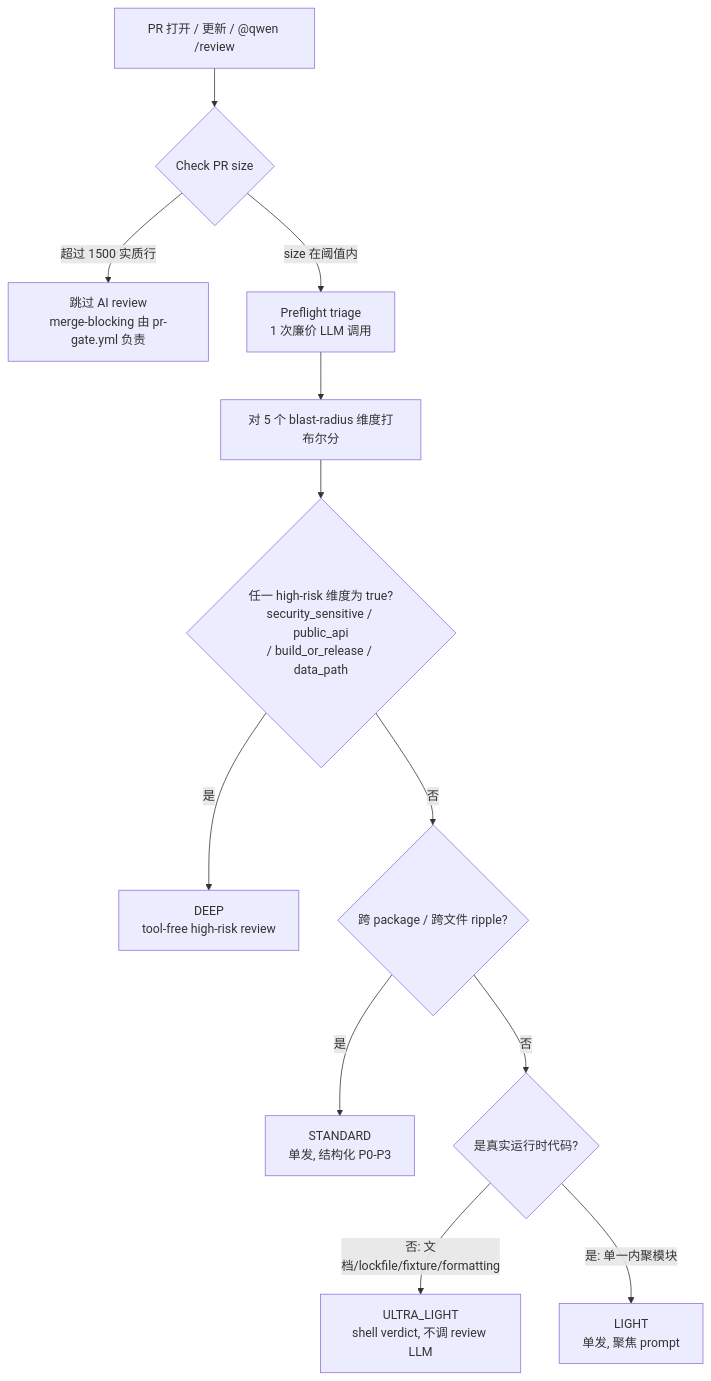
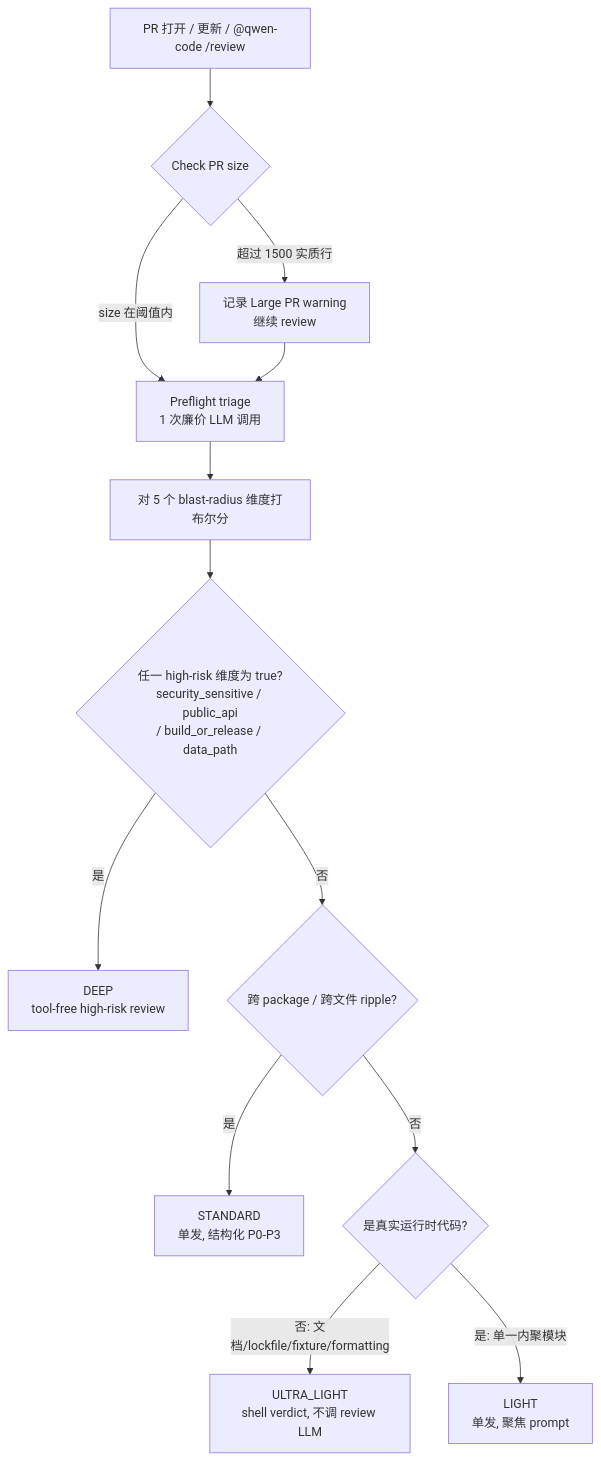
Before and after one commit to QwenLM/qwen-code: the diagram in docs/design/code-review/preflight-triage.md, drawn with Mermaid. The commit also changed other lines of this file and 14 other files, not shown here.

````diff
--- a/docs/design/code-review/preflight-triage.md
+++ b/docs/design/code-review/preflight-triage.md
@@ -69,14 +73,15 @@
 ```mermaid
 flowchart TD
-    A["PR 打开 / 更新 / @qwen /review"] --> B{"Check PR size"}
-    B -->|"超过 1500 实质行"| Z["跳过 AI review<br/>merge-blocking 由 pr-gate.yml 负责"]
+    A["PR 打开 / 更新 / @qwen-code /review"] --> B{"Check PR size"}
+    B -->|"超过 1500 实质行"| W["记录 Large PR warning<br/>继续 review"]
     B -->|"size 在阈值内"| C["Preflight triage<br/>1 次廉价 LLM 调用"]
+    W --> C
     C --> D["对 5 个 blast-radius 维度打布尔分"]
     D --> E{"任一 high-risk 维度为 true?<br/>security_sensitive / public_api<br/>/ build_or_release / data_path"}
     E -->|"是"| DEEP["DEEP<br/>tool-free high-risk review"]
     E -->|"否"| F{"跨 package / 跨文件 ripple?"}
     F -->|"是"| STD["STANDARD<br/>单发, 结构化 P0-P3"]
     F -->|"否"| G{"是真实运行时代码?"}
     G -->|"否: 文档/lockfile/fixture/formatting"| UL["ULTRA_LIGHT<br/>shell verdict, 不调 review LLM"]
     G -->|"是: 单一内聚模块"| LIGHT["LIGHT<br/>单发, 聚焦 prompt"]
 ```
````
